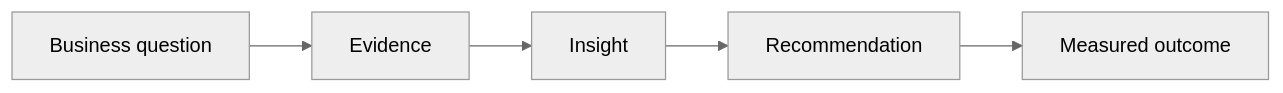
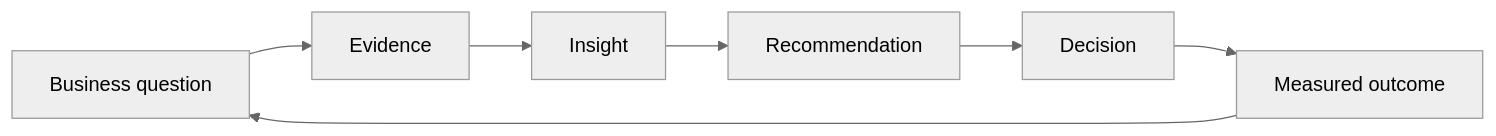
Before and after one commit to JCZY999/Decision-storytelling: the diagram in README.md, drawn with Mermaid (neutral theme). The commit also changed other lines of this file, not shown here.

Commit message:
Expand README into decision storytelling techniques guide

````diff
--- a/README.md
+++ b/README.md
@@ -9,5 +9,9 @@
 ```mermaid
 flowchart LR
- A[Business question] --> B[Evidence] --> C[Insight]
- C --> D[Recommendation] --> E[Measured outcome]
+ A[Business question] --> B[Evidence]
+ B --> C[Insight]
+ C --> D[Recommendation]
+ D --> E[Decision]
+ E --> F[Measured outcome]
+ F --> A
 ```
````
